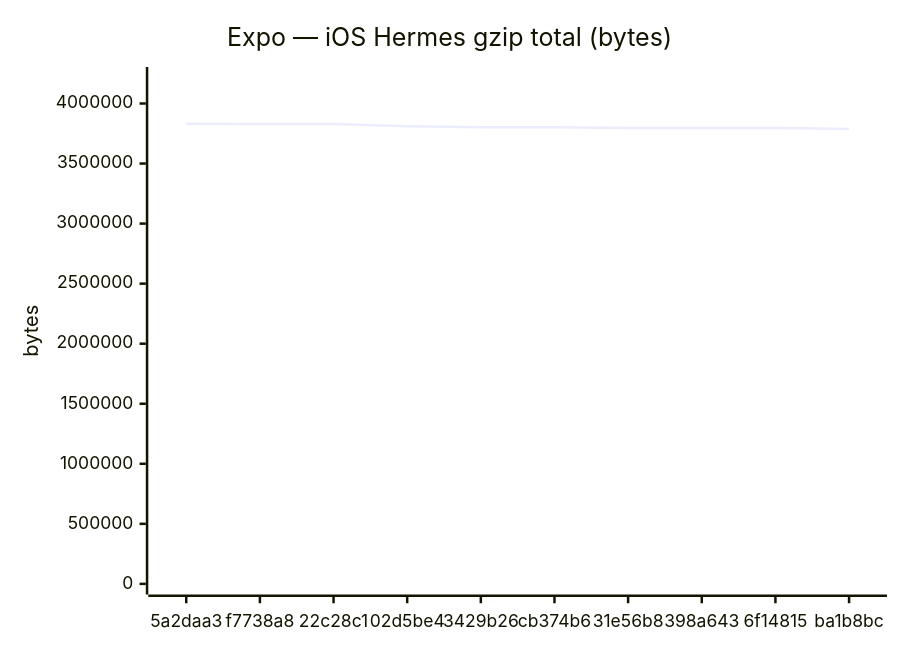
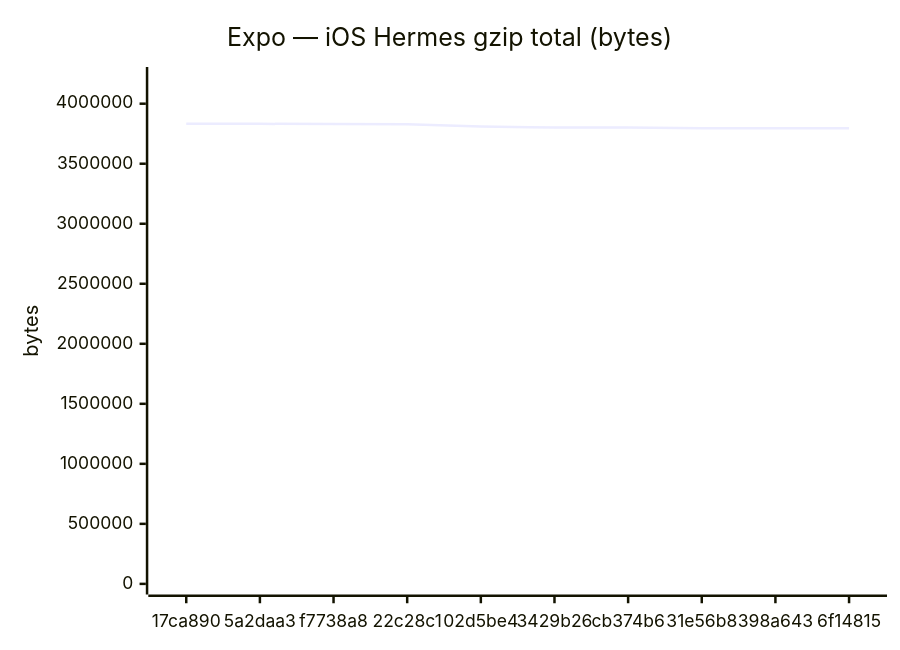
One commit to Metaheurist/Rianell changed the sixth of 18 diagrams in benchmarks/compare.md. Above: the diagram before and after it, drawn with Mermaid. The commit also changed other lines of this file and 11 other files, not shown here.

````diff
--- a/benchmarks/compare.md
+++ b/benchmarks/compare.md
@@ -96,7 +96,7 @@
 ```mermaid
 xychart-beta
     title "Expo — iOS Hermes gzip total (bytes)"
-    x-axis ["5a2daa3", "f7738a8", "22c28c1", "02d5be4", "3429b26", "cb374b6", "31e56b8", "398a643", "6f14815", "ba1b8bc"]
-    y-axis "bytes" 0 --> 4215522
-    line [3832292, 3830296, 3828818, 3810818, 3801309, 3801305, 3796002, 3796002, 3796005, 3788525]
+    x-axis ["17ca890", "5a2daa3", "f7738a8", "22c28c1", "02d5be4", "3429b26", "cb374b6", "31e56b8", "398a643", "6f14815"]
+    y-axis "bytes" 0 --> 4217149
+    line [3833771, 3832292, 3830296, 3828818, 3810818, 3801309, 3801305, 3796002, 3796002, 3796005]
 ```
````
